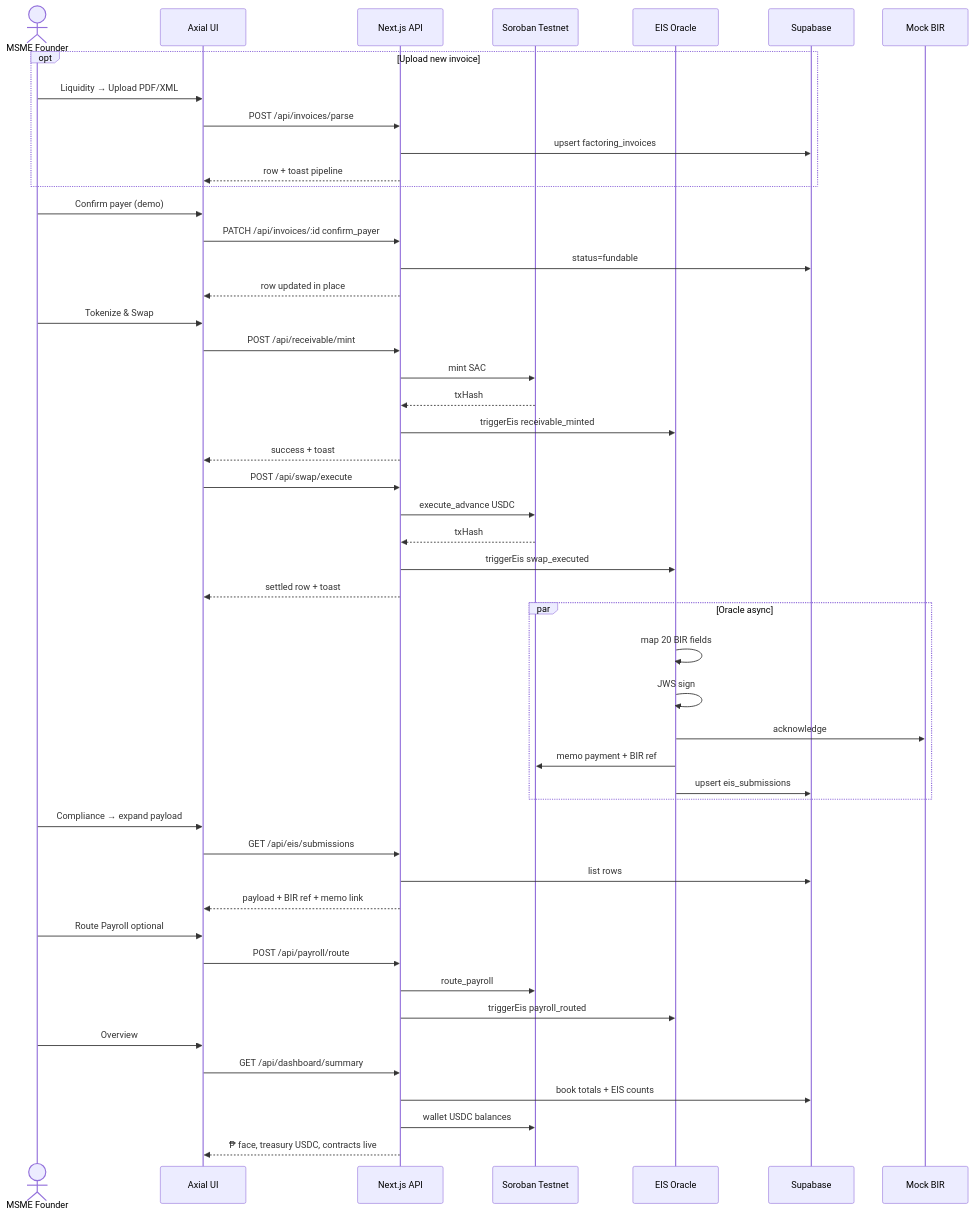
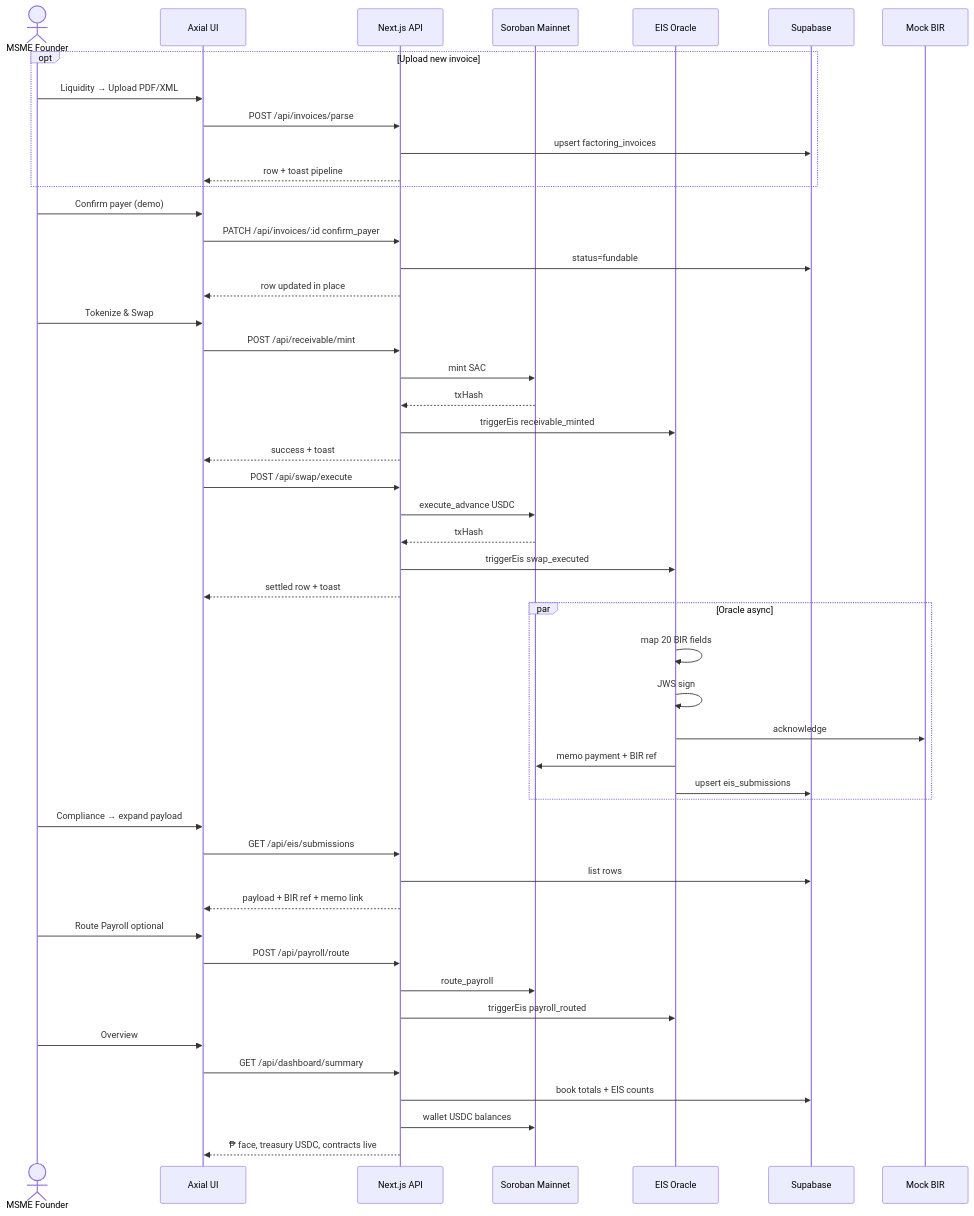
Before and after one commit to Axon-Enjin/axial: the third of 8 diagrams in docs/flow.md, drawn with Mermaid. The commit also changed other lines of this file and 15 other files, not shown here.

````diff
--- a/docs/flow.md
+++ b/docs/flow.md
@@ -112,59 +112,59 @@
 ```mermaid
 sequenceDiagram
   actor MSME as MSME Founder
   participant UI as Axial UI
   participant API as Next.js API
-  participant SC as Soroban Testnet
+  participant SC as Soroban Mainnet
   participant OR as EIS Oracle
   participant DB as Supabase
   participant BIR as Mock BIR
 
   opt Upload new invoice
     MSME->>UI: Liquidity → Upload PDF/XML
     UI->>API: POST /api/invoices/parse
     API->>DB: upsert factoring_invoices
     API-->>UI: row + toast pipeline
   end
 
   MSME->>UI: Confirm payer (demo)
   UI->>API: PATCH /api/invoices/:id confirm_payer
   API->>DB: status=fundable
   API-->>UI: row updated in place
 
   MSME->>UI: Tokenize & Swap
   UI->>API: POST /api/receivable/mint
   API->>SC: mint SAC
   SC-->>API: txHash
   API->>OR: triggerEis receivable_minted
   API-->>UI: success + toast
 
   UI->>API: POST /api/swap/execute
   API->>SC: execute_advance USDC
   SC-->>API: txHash
   API->>OR: triggerEis swap_executed
   API-->>UI: settled row + toast
 
   par Oracle async
     OR->>OR: map 20 BIR fields
     OR->>OR: JWS sign
     OR->>BIR: acknowledge
     OR->>SC: memo payment + BIR ref
     OR->>DB: upsert eis_submissions
   end
 
   MSME->>UI: Compliance → expand payload
   UI->>API: GET /api/eis/submissions
   API->>DB: list rows
   API-->>UI: payload + BIR ref + memo link
 
   MSME->>UI: Route Payroll optional
   UI->>API: POST /api/payroll/route
   API->>SC: route_payroll
   API->>OR: triggerEis payroll_routed
 
   MSME->>UI: Overview
   UI->>API: GET /api/dashboard/summary
   API->>DB: book totals + EIS counts
   API->>SC: wallet USDC balances
   API-->>UI: ₱ face, treasury USDC, contracts live
 ```
````
